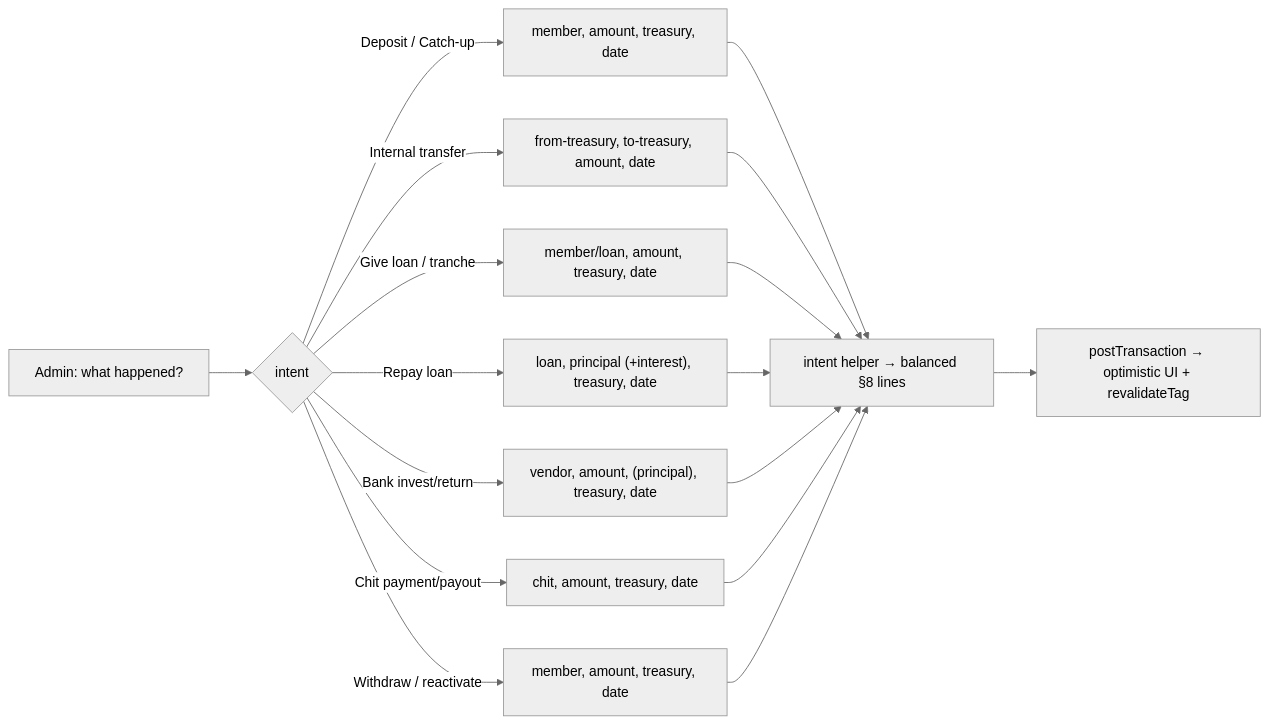
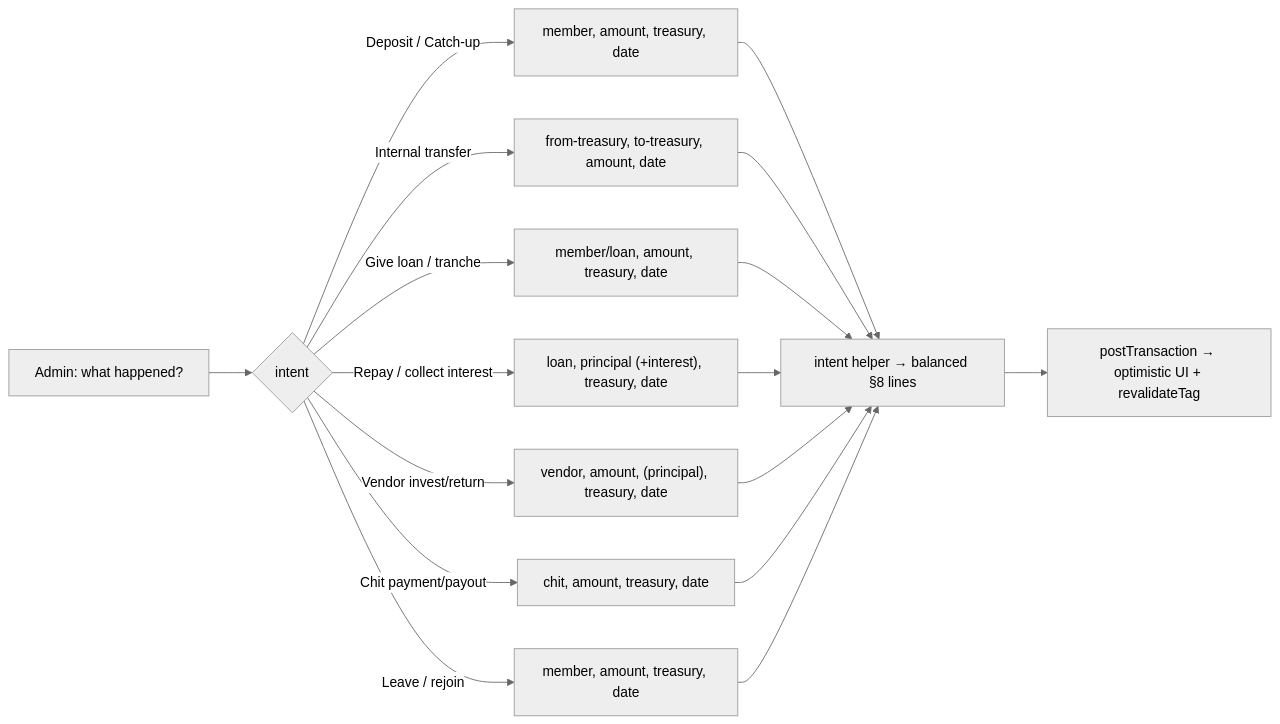
The sixth of 7 diagrams in docs/IMPLEMENTATION_PLAN.md (iam-hussain/peacock), drawn with Mermaid (neutral theme) before and after one commit. The commit also changed other lines of this file and 1 other file, not shown here.

````diff
--- a/docs/IMPLEMENTATION_PLAN.md
+++ b/docs/IMPLEMENTATION_PLAN.md
@@ -1187,12 +1210,12 @@
 ```mermaid
 flowchart LR
   A["Admin: what happened?"] --> B{intent}
   B -->|Deposit / Catch-up| C["member, amount, treasury, date"]
   B -->|Internal transfer| D["from-treasury, to-treasury, amount, date"]
   B -->|Give loan / tranche| E["member/loan, amount, treasury, date"]
-  B -->|Repay loan| F["loan, principal (+interest), treasury, date"]
-  B -->|Bank invest/return| G["vendor, amount, (principal), treasury, date"]
+  B -->|Repay / collect interest| F["loan, principal (+interest), treasury, date"]
+  B -->|Vendor invest/return| G["vendor, amount, (principal), treasury, date"]
   B -->|Chit payment/payout| H["chit, amount, treasury, date"]
-  B -->|Withdraw / reactivate| I["member, amount, treasury, date"]
+  B -->|Leave / rejoin| I["member, amount, treasury, date"]
   C & D & E & F & G & H & I --> J["intent helper → balanced §8 lines"] --> K["postTransaction → optimistic UI + revalidateTag"]
 ```
````
